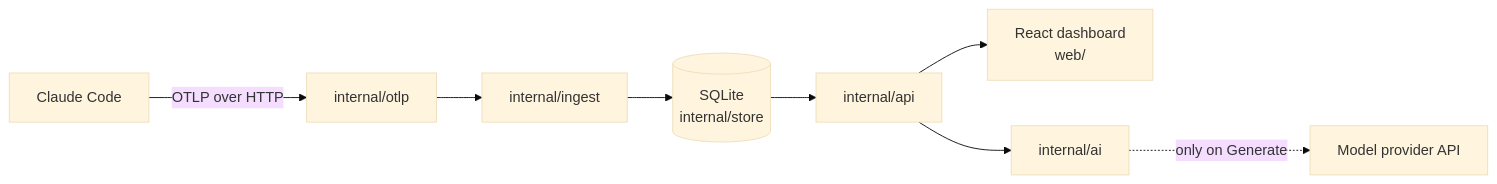
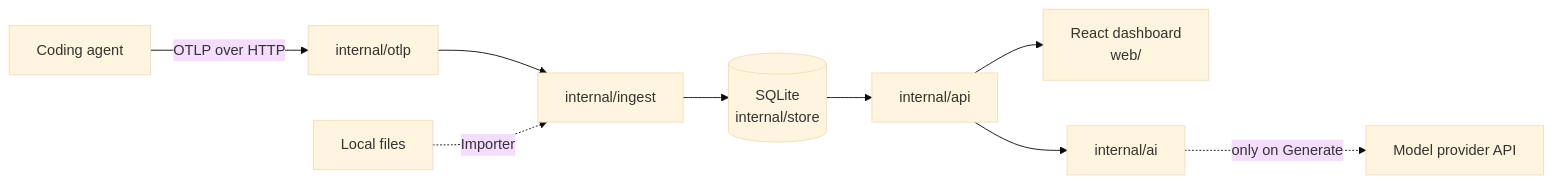
The diagram in docs/ARCHITECTURE.md (infrapalhq/infrapal-token-advisor), drawn with Mermaid (base theme) before and after one commit. The commit also changed other lines of this file and 4 other files, not shown here.

````diff
--- a/docs/ARCHITECTURE.md
+++ b/docs/ARCHITECTURE.md
@@ -6,10 +8,11 @@
 ```mermaid
 flowchart LR
-    A[Claude Code] -- OTLP over HTTP --> B[internal/otlp]
+    A[Coding agent] -- OTLP over HTTP --> B[internal/otlp]
     B --> C[internal/ingest]
+    I[Local files] -. Importer .-> C
     C --> D[(SQLite<br>internal/store)]
     D --> E[internal/api]
     E --> F[React dashboard<br>web/]
     G[internal/ai] -. only on Generate .-> H[Model provider API]
     E --> G
 ```
````
